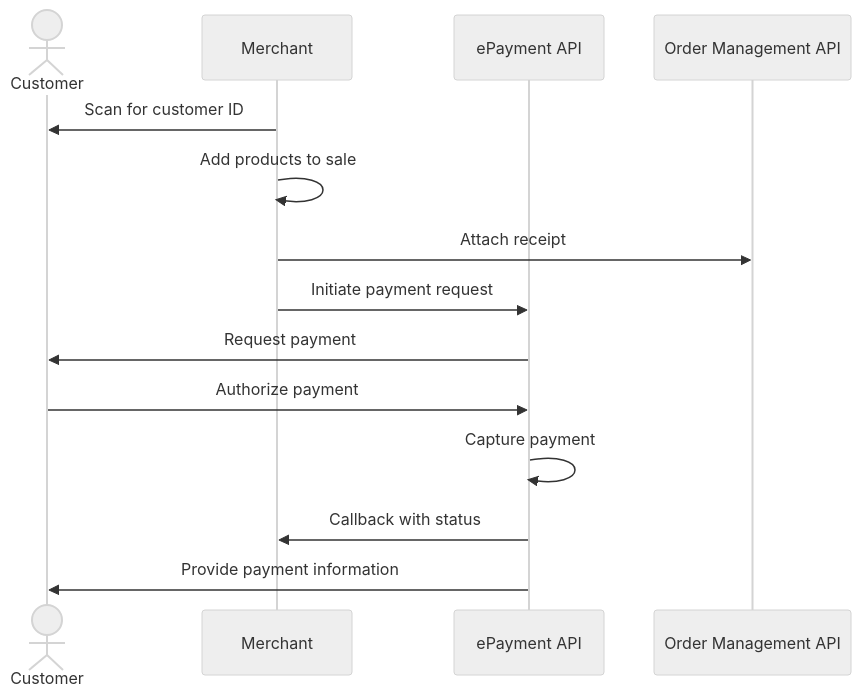
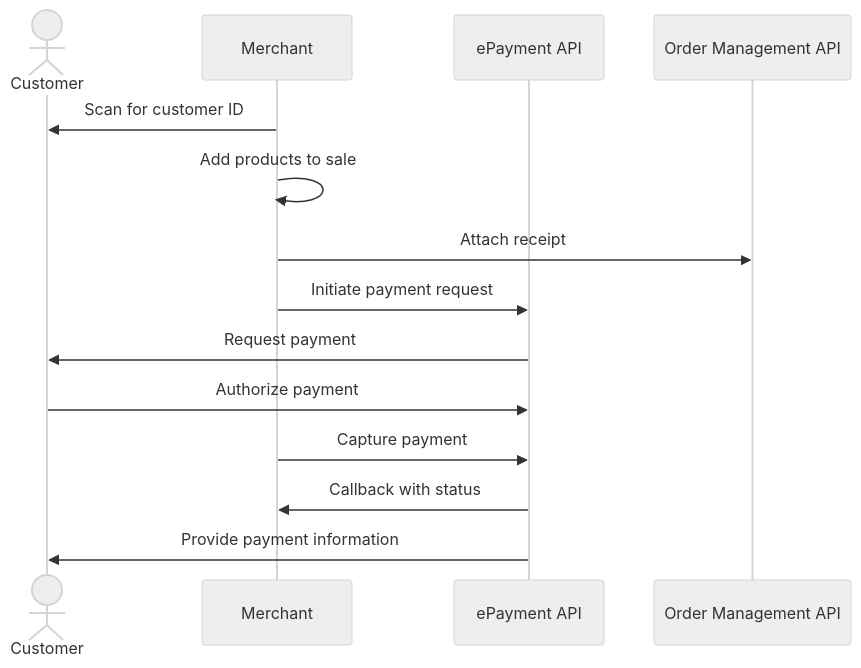
The diagram in in-store/README.md (vippsas/vipps-solutions), drawn with Mermaid (neutral theme) before and after one commit. The commit also changed 6 other files, not shown here.

Commit message:
Add more seq diagrams. Align existing seq diagrams.

````diff
--- a/in-store/README.md
+++ b/in-store/README.md
@@ -115,16 +115,16 @@
 ``` mermaid
 sequenceDiagram
     actor C as Customer
     participant M as Merchant
     participant ePayment as ePayment API
     participant ordermanagement as Order Management API
     M->>C: Scan for customer ID
     M->>M: Add products to sale
     M->> ordermanagement: Attach receipt
     M->>ePayment: Initiate payment request
     ePayment->>C: Request payment
     C->>ePayment: Authorize payment
-    ePayment->>ePayment: Capture payment
+    M->>ePayment: Capture payment
     ePayment->>M: Callback with status
     ePayment->>C: Provide payment information
 ```
````
